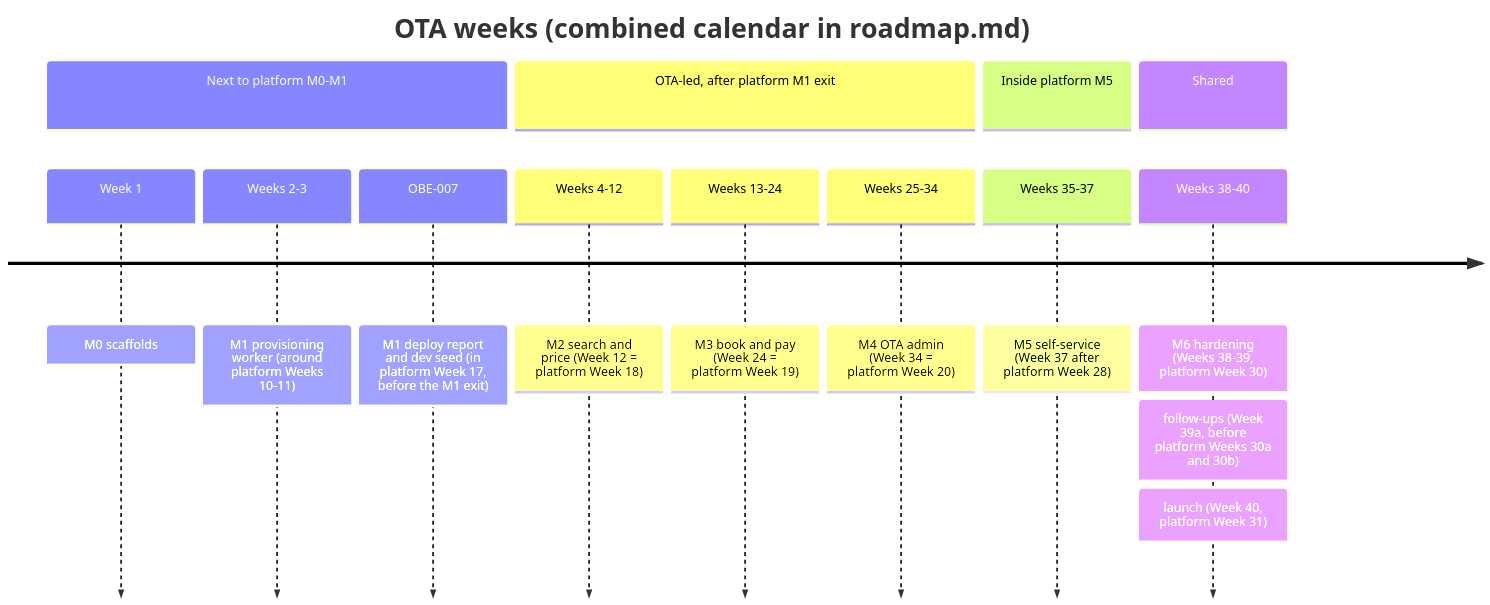
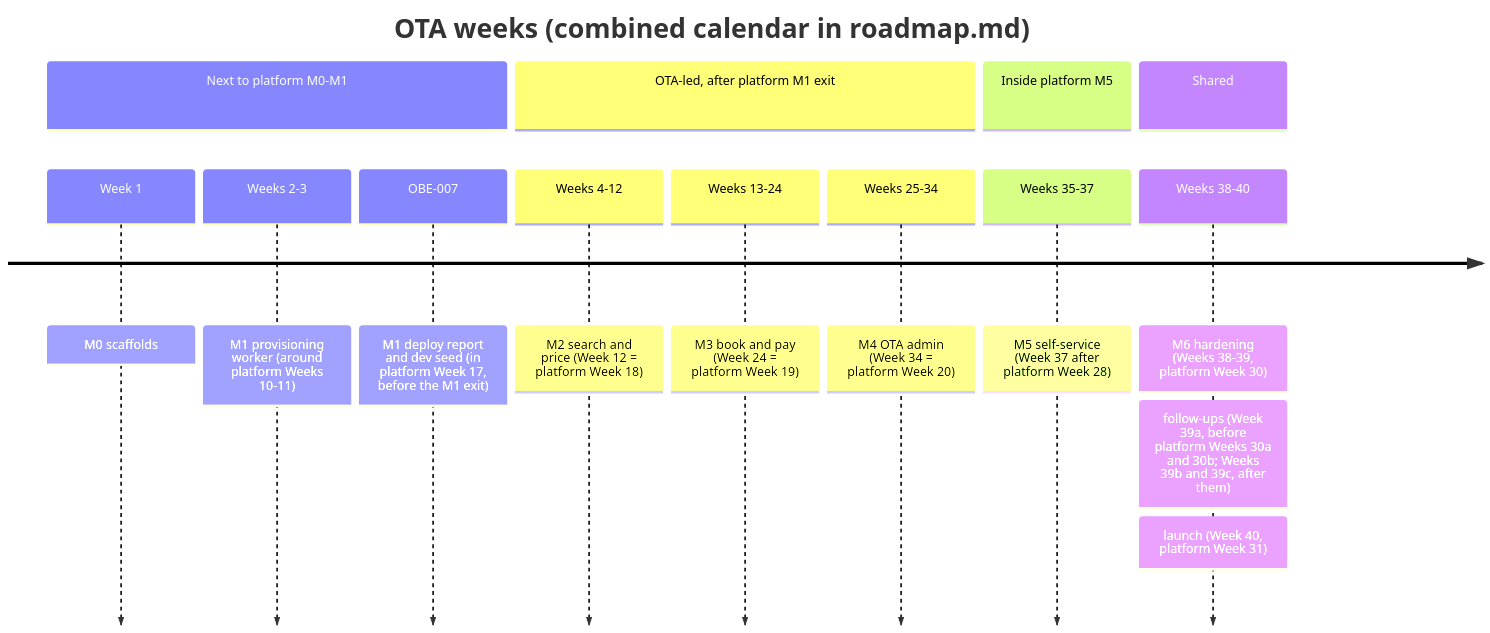
The diagram in ota/docs/plans/solo-developer-plan.md (bhagwati-prasad/velexis-ota), drawn with Mermaid before and after one commit. The commit also changed other lines of this file and 33 other files, not shown here.

First line of the commit message:
fix: plan the console setting, reconciliation close and rewrap tasks, re-baseline the roadmap, run E2E before every deploy, and check the SSH source address

````diff
--- a/ota/docs/plans/solo-developer-plan.md
+++ b/ota/docs/plans/solo-developer-plan.md
@@ -68,16 +70,16 @@
 ```mermaid
 timeline
   title OTA weeks (combined calendar in roadmap.md)
   section Next to platform M0-M1
     Week 1 : M0 scaffolds
     Weeks 2-3 : M1 provisioning worker (around platform Weeks 10-11)
     OBE-007 : M1 deploy report and dev seed (in platform Week 17, before the M1 exit)
   section OTA-led, after platform M1 exit
     Weeks 4-12 : M2 search and price (Week 12 = platform Week 18)
     Weeks 13-24 : M3 book and pay (Week 24 = platform Week 19)
     Weeks 25-34 : M4 OTA admin (Week 34 = platform Week 20)
   section Inside platform M5
     Weeks 35-37 : M5 self-service (Week 37 after platform Week 28)
   section Shared
-    Weeks 38-40 : M6 hardening (Weeks 38-39, platform Week 30) : follow-ups (Week 39a, before platform Weeks 30a and 30b) : launch (Week 40, platform Week 31)
+    Weeks 38-40 : M6 hardening (Weeks 38-39, platform Week 30) : follow-ups (Week 39a, before platform Weeks 30a and 30b; Weeks 39b and 39c, after them) : launch (Week 40, platform Week 31)
 ```
````
